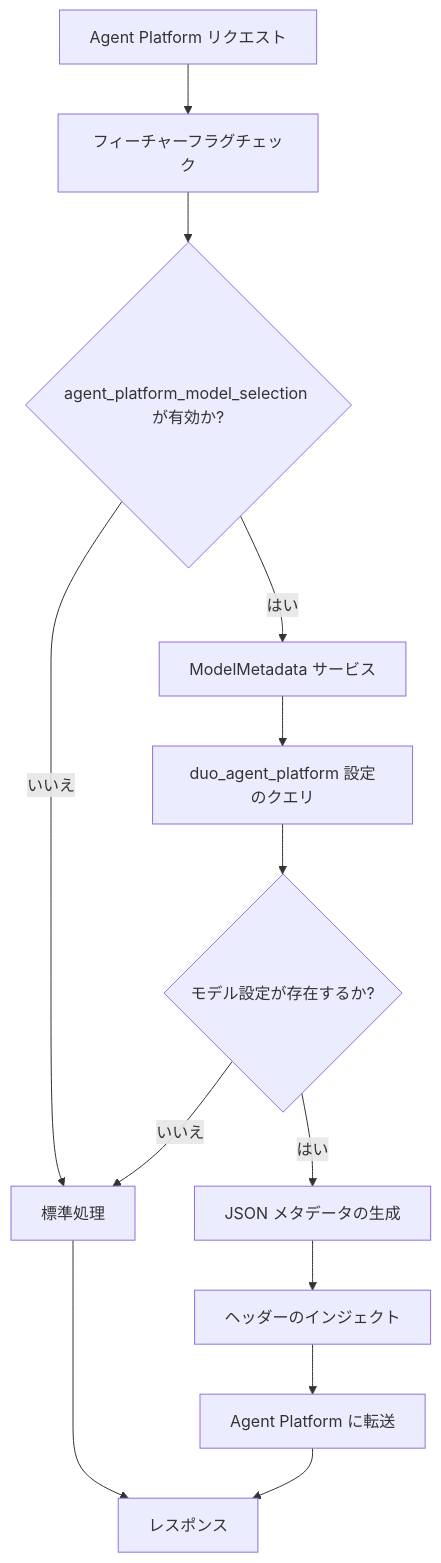
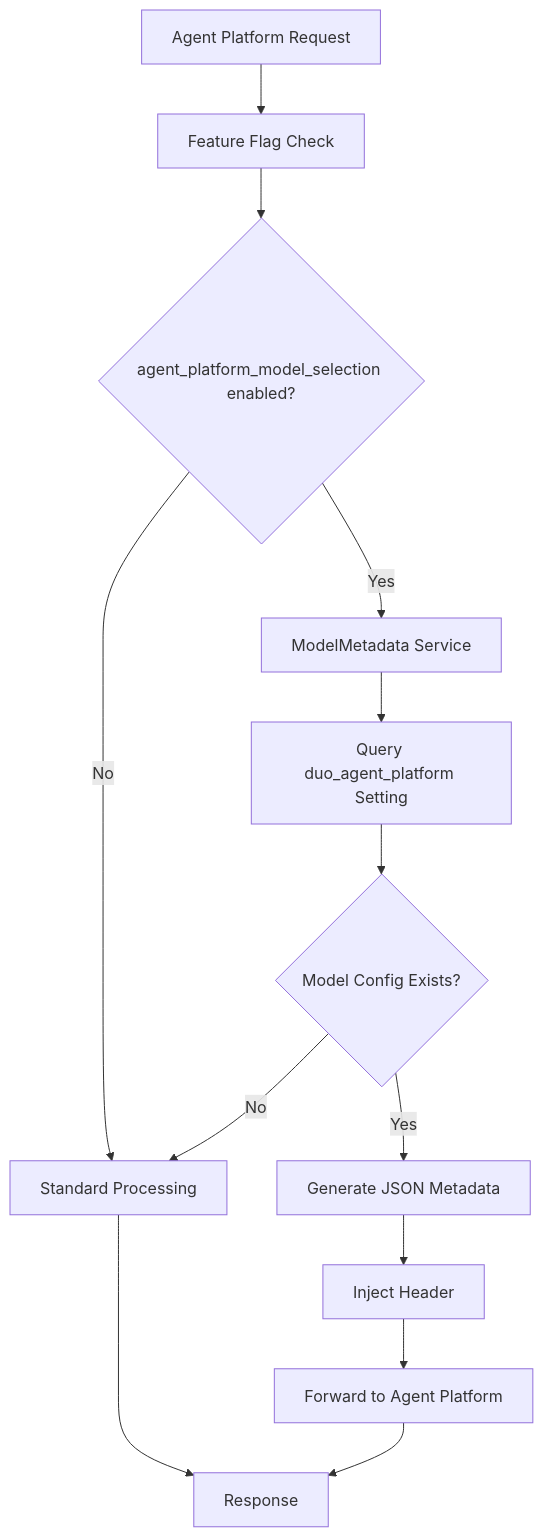
One commit to kyama0/gitlab-handbook-ja changed the sixth of 7 diagrams in content/handbook/engineering/architecture/design-documents/duo_workflow/_index.md. Above: the diagram before and after it, drawn with Mermaid. The commit also changed other lines of this file and 3 other files, not shown here.

````diff
--- a/content/handbook/engineering/architecture/design-documents/duo_workflow/_index.md
+++ b/content/handbook/engineering/architecture/design-documents/duo_workflow/_index.md
@@ -670,15 +682,15 @@
 ```mermaid
 graph TD
-    A[Agent Platform リクエスト] --> B[フィーチャーフラグチェック]
-    B --> C{agent_platform_model_selection が有効か?}
-    C -->|いいえ| D[標準処理]
-    C -->|はい| E[ModelMetadata サービス]
-    E --> F[duo_agent_platform 設定のクエリ]
-    F --> G{モデル設定が存在するか?}
-    G -->|いいえ| D
-    G -->|はい| H[JSON メタデータの生成]
-    H --> I[ヘッダーのインジェクト]
-    I --> J[Agent Platform に転送]
-    D --> K[レスポンス]
+    A[Agent Platform Request] --> B[Feature Flag Check]
+    B --> C{agent_platform_model_selection enabled?}
+    C -->|No| D[Standard Processing]
+    C -->|Yes| E[ModelMetadata Service]
+    E --> F[Query duo_agent_platform Setting]
+    F --> G{Model Config Exists?}
+    G -->|No| D
+    G -->|Yes| H[Generate JSON Metadata]
+    H --> I[Inject Header]
+    I --> J[Forward to Agent Platform]
+    D --> K[Response]
     J --> K
 ```
````
